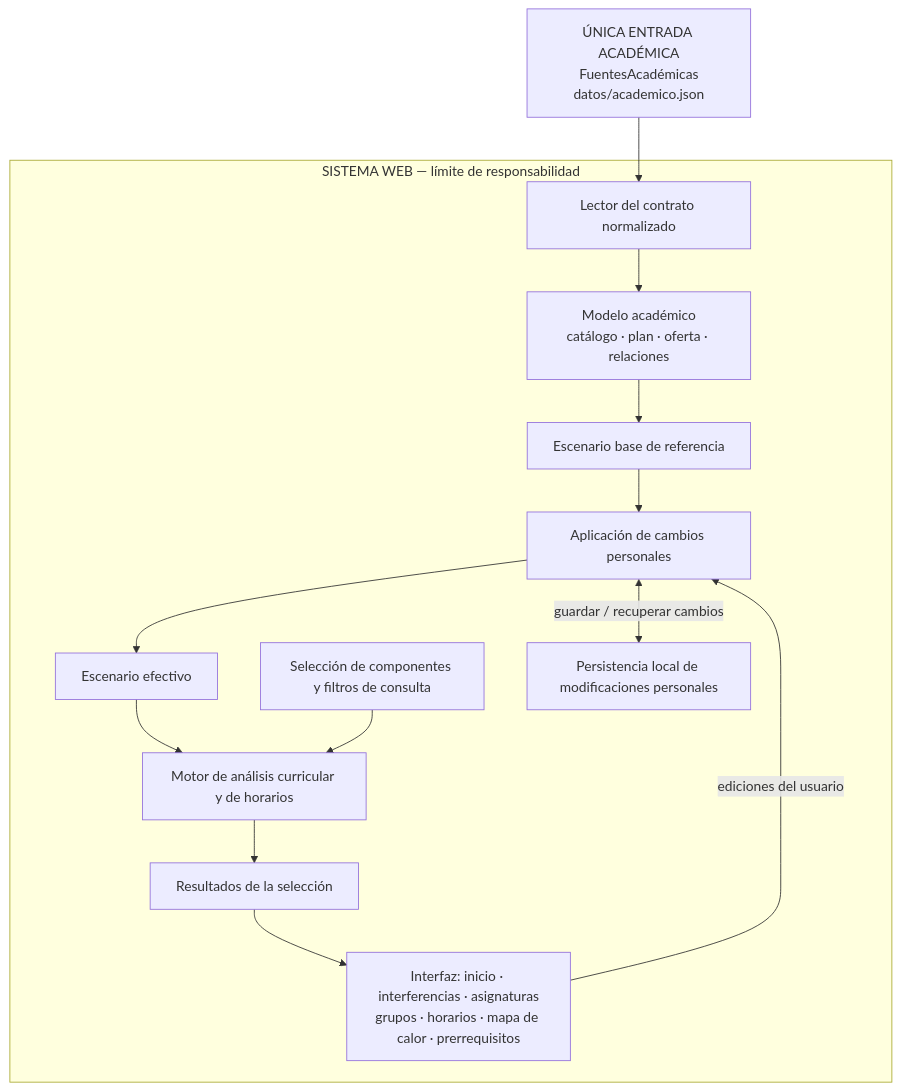
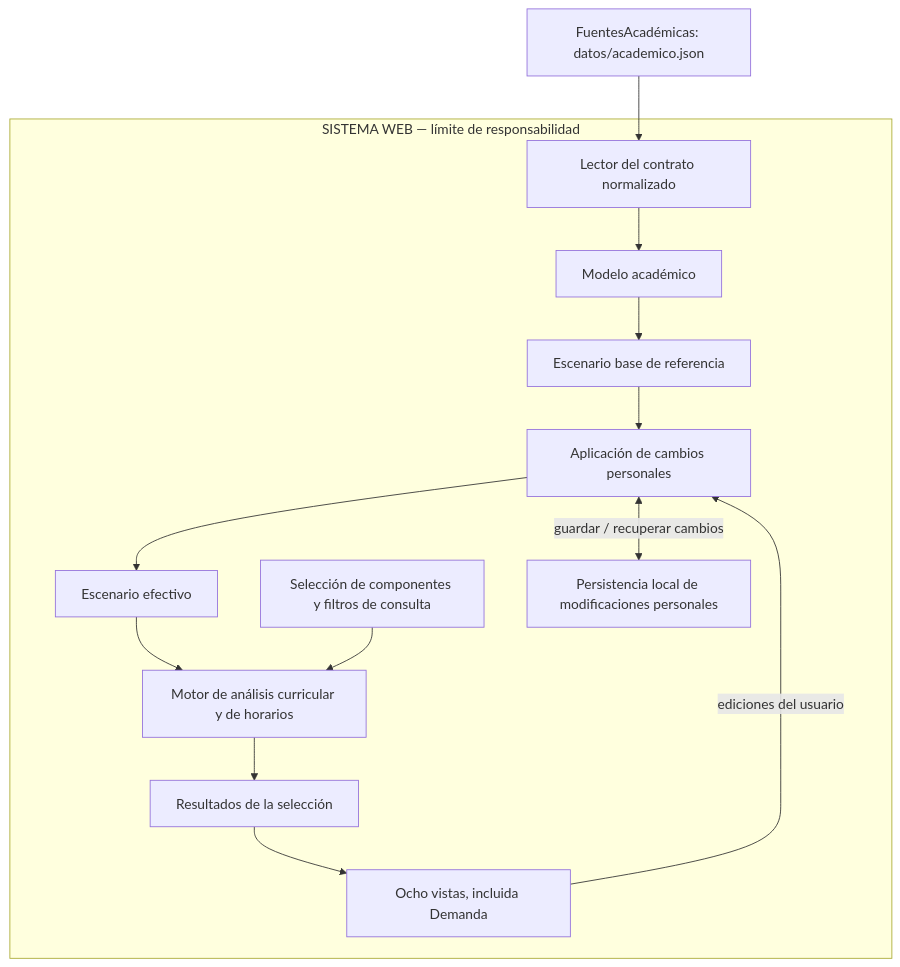
One commit to jncubillosn-lab/Mecatronica changed the diagram in docs/ARQUITECTURA.md. Above: the diagram before and after it, drawn with Mermaid. The commit also changed other lines of this file and 8 other files, not shown here.

````diff
--- a/docs/ARQUITECTURA.md
+++ b/docs/ARQUITECTURA.md
@@ -24,26 +24,26 @@
 ```mermaid
 flowchart TB
-    EN["ÚNICA ENTRADA ACADÉMICA<br/>FuentesAcadémicas<br/>datos/academico.json"]
+    EN["FuentesAcadémicas: datos/academico.json"]
 
     subgraph SISTEMA["SISTEMA WEB — límite de responsabilidad"]
         L["Lector del contrato normalizado"]
-        MA["Modelo académico<br/>catálogo · plan · oferta · relaciones"]
+        MA["Modelo académico"]
         SB["Escenario base de referencia"]
         AP["Aplicación de cambios personales"]
         EF["Escenario efectivo"]
         AN["Motor de análisis curricular y de horarios"]
         VF["Selección de componentes y filtros de consulta"]
         RE["Resultados de la selección"]
-        VI["Interfaz: inicio · interferencias · asignaturas<br/>grupos · horarios · mapa de calor · prerrequisitos"]
+        VI["Ocho vistas, incluida Demanda"]
         PE["Persistencia local de modificaciones personales"]
 
         L --> MA --> SB --> AP --> EF
         EF --> AN
         VF --> AN
         AN --> RE --> VI
         VI -->|"ediciones del usuario"| AP
         AP <-->|"guardar / recuperar cambios"| PE
     end
 
     EN --> L
 ```
````
